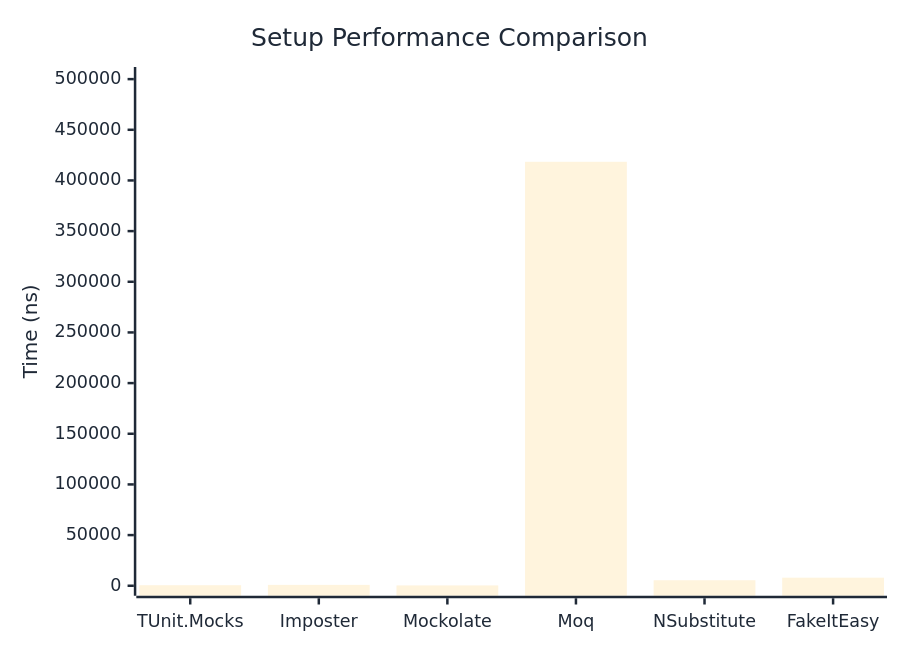
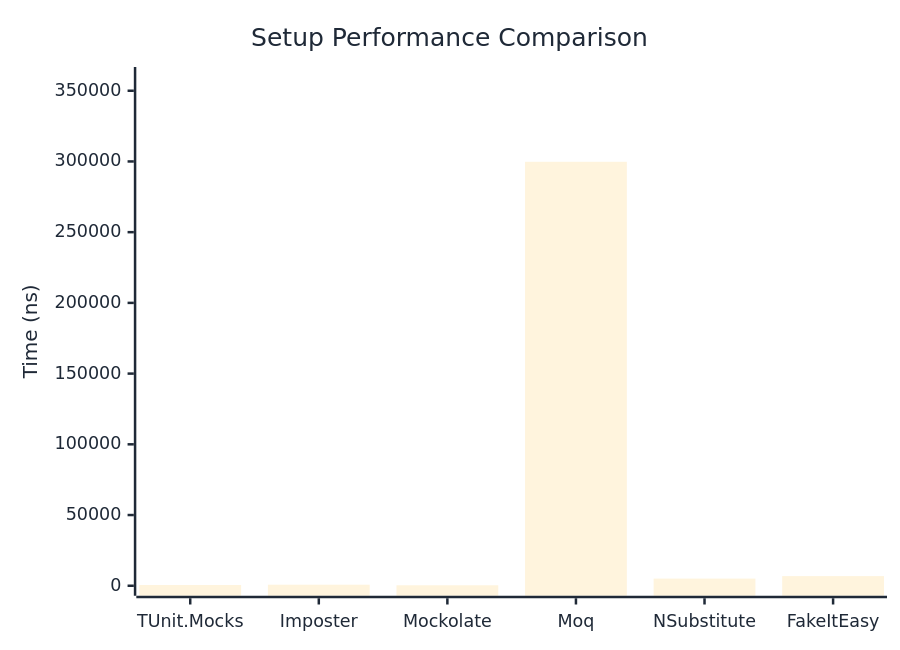
Before and after one commit to thomhurst/TUnit: the first of 2 diagrams in docs/docs/benchmarks/mocks/Setup.md, drawn with Mermaid. The commit also changed other lines of this file and 14 other files, not shown here.

````diff
--- a/docs/docs/benchmarks/mocks/Setup.md
+++ b/docs/docs/benchmarks/mocks/Setup.md
@@ -28,27 +28,27 @@
 ```mermaid
 %%{init: {
   'theme':'base',
   'themeVariables': {
     'primaryColor': '#2563eb',
     'primaryTextColor': '#1f2937',
     'primaryBorderColor': '#1e40af',
     'lineColor': '#6b7280',
     'secondaryColor': '#7c3aed',
     'tertiaryColor': '#dc2626',
     'background': '#ffffff',
     'pie1': '#2563eb',
     'pie2': '#7c3aed',
     'pie3': '#dc2626',
     'pie4': '#f59e0b',
     'pie5': '#10b981',
     'pie6': '#06b6d4',
     'pie7': '#ec4899',
     'pie8': '#6366f1'
   }
 }}%%
 xychart-beta
   title "Setup Performance Comparison"
   x-axis ["TUnit.Mocks", "Imposter", "Mockolate", "Moq", "NSubstitute", "FakeItEasy"]
-  y-axis "Time (ns)" 0 --> 502093
-  bar [520.2, 865.1, 326.4, 418410.7, 5435.2, 7960.2]
+  y-axis "Time (ns)" 0 --> 359711
+  bar [531, 735.5, 346.6, 299758.5, 5060.3, 6822.2]
 ```
````
